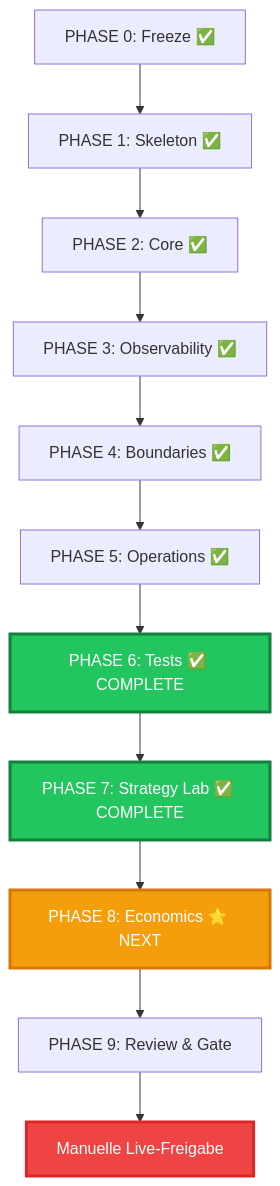
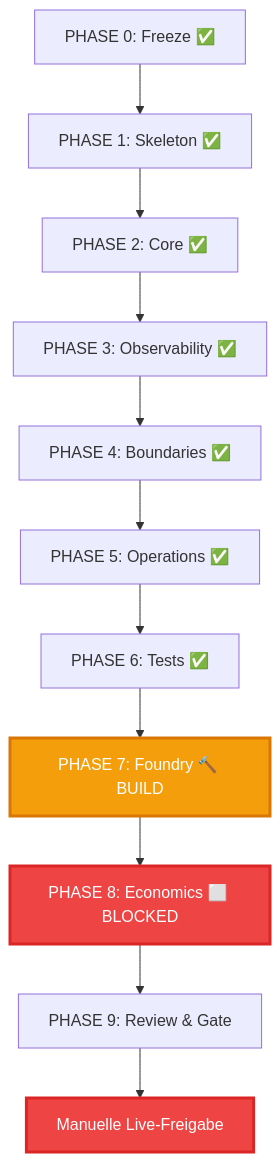
Before and after one commit to dpxyz/pecz: the diagram in forward_v5/docs/site/docs/phases.md, drawn with Mermaid. The commit also changed other lines of this file and 32 other files, not shown here.

First line of the commit message:
Update: Phase 7 Foundry BUILD - V1 Pipeline, blockers, roadmap, phases aktualisiert

````diff
--- a/forward_v5/docs/site/docs/phases.md
+++ b/forward_v5/docs/site/docs/phases.md
@@ -10,18 +10,17 @@
 ```mermaid
 graph TD
     P0[PHASE 0: Freeze ✅] --> P1[PHASE 1: Skeleton ✅]
     P1 --> P2[PHASE 2: Core ✅]
     P2 --> P3[PHASE 3: Observability ✅]
     P3 --> P4[PHASE 4: Boundaries ✅]
     P4 --> P5[PHASE 5: Operations ✅]
-    P5 --> P6[PHASE 6: Tests ✅ COMPLETE]
-    P6 --> P7[PHASE 7: Strategy Lab ✅ COMPLETE]
-    P7 --> P8[PHASE 8: Economics ⭐ NEXT]
+    P5 --> P6[PHASE 6: Tests ✅]
+    P6 --> P7[PHASE 7: Foundry 🔨 BUILD]
+    P7 --> P8[PHASE 8: Economics ⬜ BLOCKED]
     P8 --> P9[PHASE 9: Review & Gate]
     P9 --> LIVE[Manuelle Live-Freigabe]
     
-    style P6 fill:#22c55e,stroke:#15803d,stroke-width:3px,color:#fff
-    style P7 fill:#22c55e,stroke:#15803d,stroke-width:3px,color:#fff
-    style P8 fill:#f59e0b,stroke:#d97706,stroke-width:3px,color:#fff
+    style P7 fill:#f59e0b,stroke:#d97706,stroke-width:3px,color:#fff
+    style P8 fill:#ef4444,stroke:#dc2626,stroke-width:3px,color:#fff
     style LIVE fill:#ef4444,stroke:#dc2626,stroke-width:3px,color:#fff
 ```
````
